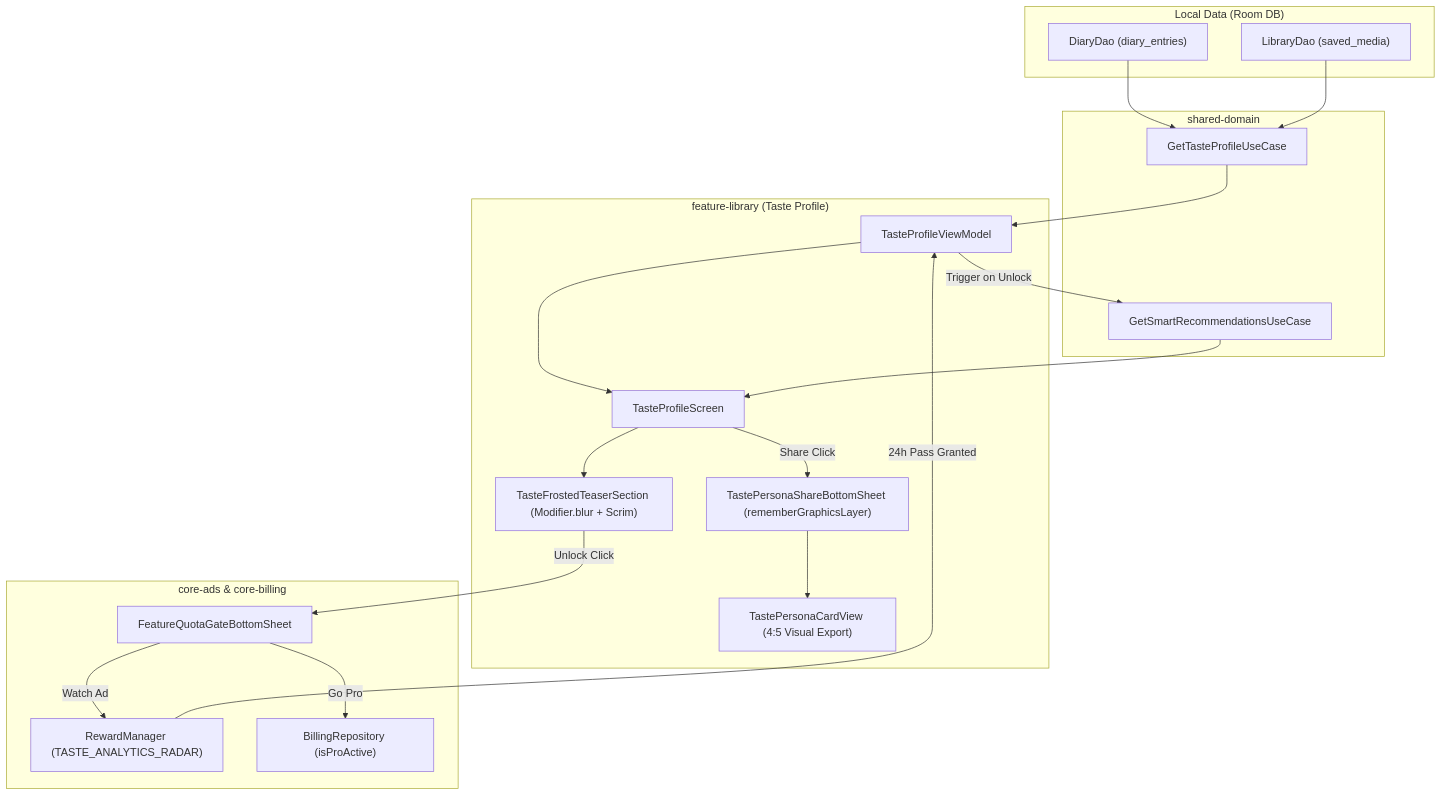
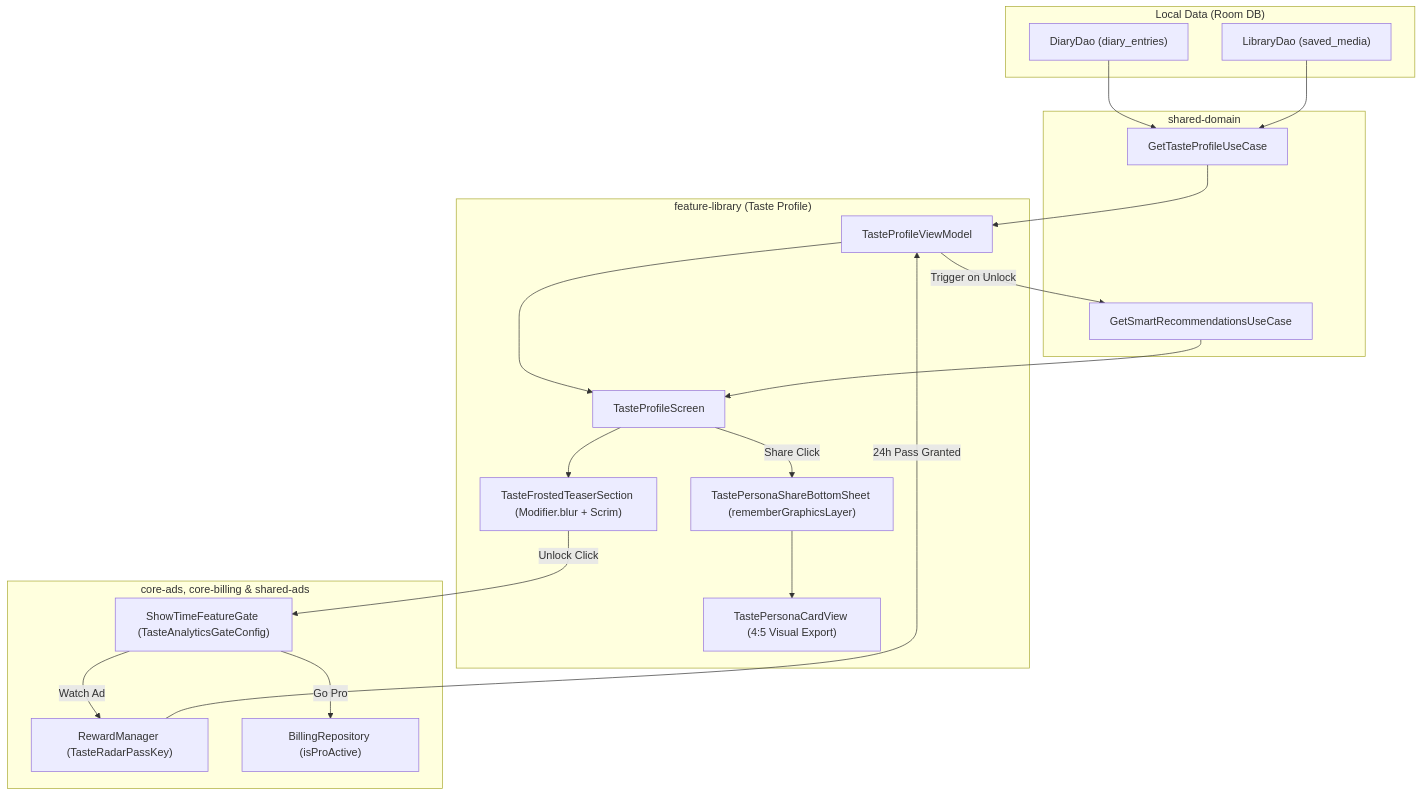
Before and after one commit to SSVerma/ShowTime2: the diagram in docs/features/TASTE_PROFILE_AND_DECADES_ARCHITECTURE.md, drawn with Mermaid. The commit also changed 49 other files, not shown here.

````diff
--- a/docs/features/TASTE_PROFILE_AND_DECADES_ARCHITECTURE.md
+++ b/docs/features/TASTE_PROFILE_AND_DECADES_ARCHITECTURE.md
@@ -98,42 +98,42 @@
 ```mermaid
 flowchart TD
     subgraph LocalData["Local Data (Room DB)"]
         DiaryDao["DiaryDao (diary_entries)"]
         LibraryDao["LibraryDao (saved_media)"]
     end
 
     subgraph Domain["shared-domain"]
         GetTasteProfile["GetTasteProfileUseCase"]
         GetSmartRecs["GetSmartRecommendationsUseCase"]
     end
 
     subgraph Presentation["feature-library (Taste Profile)"]
         TasteVM["TasteProfileViewModel"]
         TasteScreen["TasteProfileScreen"]
         FrostedTeaser["TasteFrostedTeaserSection (Modifier.blur + Scrim)"]
         PersonaCardView["TastePersonaCardView (4:5 Visual Export)"]
         ShareSheet["TastePersonaShareBottomSheet (rememberGraphicsLayer)"]
     end
 
-    subgraph Monetization["core-ads & core-billing"]
-        RewardMgr["RewardManager (TASTE_ANALYTICS_RADAR)"]
+    subgraph Monetization["core-ads, core-billing & shared-ads"]
+        RewardMgr["RewardManager (TasteRadarPassKey)"]
         BillingRepo["BillingRepository (isProActive)"]
-        QuotaSheet["FeatureQuotaGateBottomSheet"]
+        QuotaSheet["ShowTimeFeatureGate (TasteAnalyticsGateConfig)"]
     end
 
     DiaryDao --> GetTasteProfile
     LibraryDao --> GetTasteProfile
     GetTasteProfile --> TasteVM
 
     TasteVM --> TasteScreen
     TasteScreen --> FrostedTeaser
     FrostedTeaser -->|Unlock Click| QuotaSheet
     QuotaSheet -->|Watch Ad| RewardMgr
     QuotaSheet -->|Go Pro| BillingRepo
     RewardMgr -->|24h Pass Granted| TasteVM
     TasteVM -->|Trigger on Unlock| GetSmartRecs
     GetSmartRecs --> TasteScreen
 
     TasteScreen -->|Share Click| ShareSheet
     ShareSheet --> PersonaCardView
 ```
````
